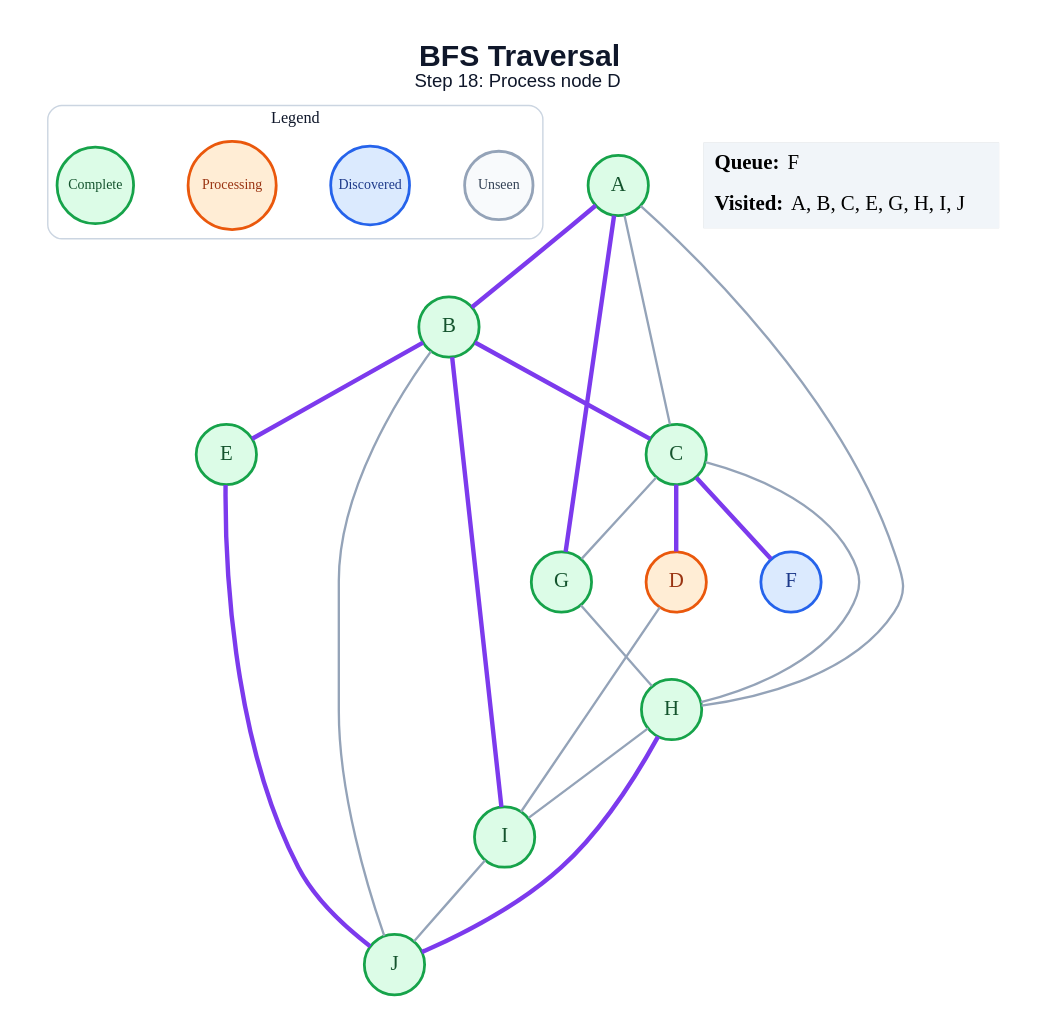
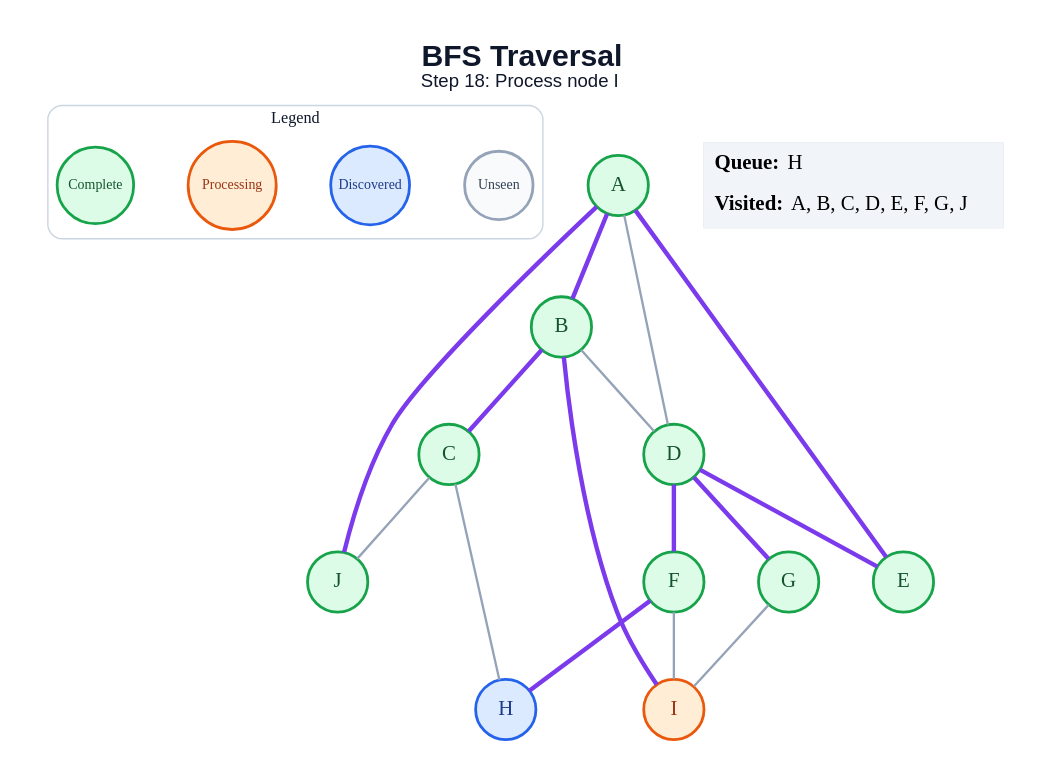
Before and after one commit to amanghodawala9/ai-slop: the diagram in generated/specific-node/bfs/step_18.dot, drawn with Graphviz. The commit also changed 178 other files, not shown here.

```diff
--- a/generated/specific-node/bfs/step_18.dot
+++ b/generated/specific-node/bfs/step_18.dot
@@ -1,47 +1,44 @@
 graph traversal {
   graph [layout=dot, rankdir=TB, bgcolor="#FFFFFF", pad="0.35", nodesep="0.65", ranksep="0.8", fontname="Arial"];
   node [shape=circle, style="filled", fontname="Arial Bold", fontsize=18, width=0.72, fixedsize=true, penwidth=2.4];
   edge [color="#94A3B8", penwidth=2.0];
-  label=<<B>BFS Traversal</B><BR/><FONT POINT-SIZE="16">Step 18: Process node D</FONT>>; labelloc="t"; fontsize=26; fontname="Arial"; fontcolor="#0F172A";
+  label=<<B>BFS Traversal</B><BR/><FONT POINT-SIZE="16">Step 18: Process node I</FONT>>; labelloc="t"; fontsize=26; fontname="Arial"; fontcolor="#0F172A";
   subgraph cluster_legend { label="Legend"; color="#CBD5E1"; penwidth=1.2; style="rounded"; fontsize=14; fontname="Arial Bold";
     key_unseen [label="Unseen", fillcolor="#F8FAFC", color="#94A3B8", fontcolor="#334155", fontsize=12, width=0.82];
     key_frontier [label="Discovered", fillcolor="#DBEAFE", color="#2563EB", fontcolor="#1E3A8A", fontsize=12, width=0.95];
     key_current [label="Processing", fillcolor="#FFEDD5", color="#EA580C", fontcolor="#9A3412", fontsize=12, width=1.05];
     key_done [label="Complete", fillcolor="#DCFCE7", color="#16A34A", fontcolor="#14532D", fontsize=12, width=0.92];
     { rank=same; key_unseen; key_frontier; key_current; key_done; }
   }
   A [fillcolor="#DCFCE7", color="#16A34A", fontcolor="#14532D"];
   B [fillcolor="#DCFCE7", color="#16A34A", fontcolor="#14532D"];
   C [fillcolor="#DCFCE7", color="#16A34A", fontcolor="#14532D"];
-  D [fillcolor="#FFEDD5", color="#EA580C", fontcolor="#9A3412"];
+  D [fillcolor="#DCFCE7", color="#16A34A", fontcolor="#14532D"];
   E [fillcolor="#DCFCE7", color="#16A34A", fontcolor="#14532D"];
-  F [fillcolor="#DBEAFE", color="#2563EB", fontcolor="#1E3A8A"];
+  F [fillcolor="#DCFCE7", color="#16A34A", fontcolor="#14532D"];
   G [fillcolor="#DCFCE7", color="#16A34A", fontcolor="#14532D"];
-  H [fillcolor="#DCFCE7", color="#16A34A", fontcolor="#14532D"];
-  I [fillcolor="#DCFCE7", color="#16A34A", fontcolor="#14532D"];
+  H [fillcolor="#DBEAFE", color="#2563EB", fontcolor="#1E3A8A"];
+  I [fillcolor="#FFEDD5", color="#EA580C", fontcolor="#9A3412"];
   J [fillcolor="#DCFCE7", color="#16A34A", fontcolor="#14532D"];
   A -- B [color="#7C3AED", penwidth=3.8];
-  A -- C;
-  A -- G [color="#7C3AED", penwidth=3.8];
-  A -- H;
+  A -- D;
+  A -- E [color="#7C3AED", penwidth=3.8];
+  A -- J [color="#7C3AED", penwidth=3.8];
   B -- C [color="#7C3AED", penwidth=3.8];
-  B -- E [color="#7C3AED", penwidth=3.8];
+  B -- D;
   B -- I [color="#7C3AED", penwidth=3.8];
-  B -- J;
-  C -- D [color="#7C3AED", penwidth=3.8];
-  C -- F [color="#7C3AED", penwidth=3.8];
-  C -- G;
   C -- H;
-  D -- I;
-  E -- J [color="#7C3AED", penwidth=3.8];
-  G -- H;
-  H -- I;
-  H -- J [color="#7C3AED", penwidth=3.8];
-  I -- J;
+  C -- J;
+  D -- E [color="#7C3AED", penwidth=3.8];
+  D -- F [color="#7C3AED", penwidth=3.8];
+  D -- G [color="#7C3AED", penwidth=3.8];
+  F -- H [color="#7C3AED", penwidth=3.8];
+  F -- I;
+  G -- I;
   status [shape=plain, fixedsize=false, width=0, height=0, margin=0, label=<
     <TABLE BORDER="0" CELLBORDER="0" CELLPADDING="7" BGCOLOR="#F1F5F9">
-      <TR><TD ALIGN="LEFT"><B>Queue:</B> F</TD></TR>
-      <TR><TD ALIGN="LEFT"><B>Visited:</B> A, B, C, E, G, H, I, J</TD></TR>
+      <TR><TD ALIGN="LEFT"><B>Queue:</B> H</TD></TR>
+      <TR><TD ALIGN="LEFT"><B>Visited:</B> A, B, C, D, E, F, G, J</TD></TR>
     </TABLE>
   >];
 }
```
